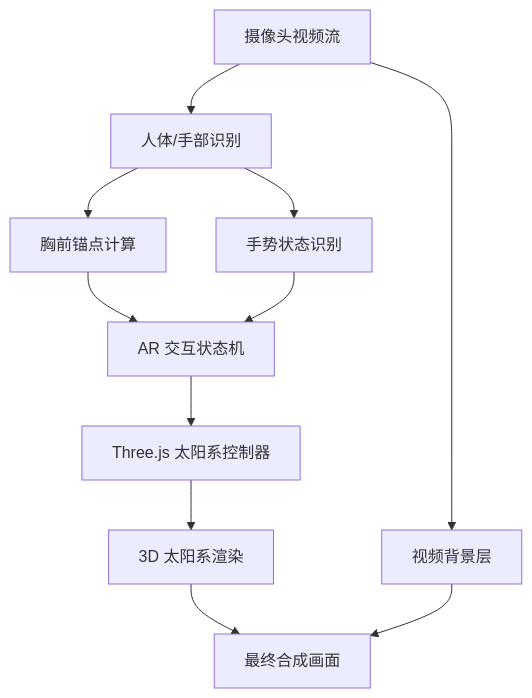
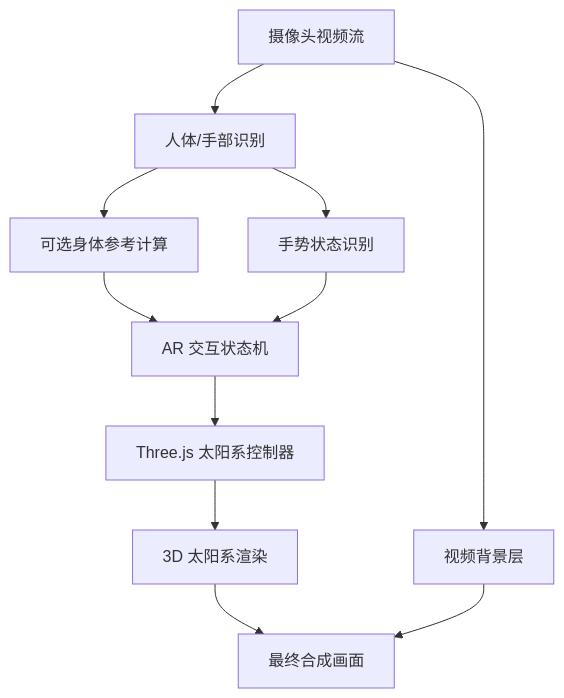
The second of 2 diagrams in ar_solar_system_prd.md (redcheeks666/ar-solar-system-demo), drawn with Mermaid before and after one commit. The commit also changed other lines of this file and 11 other files, not shown here.

````diff
--- a/ar_solar_system_prd.md
+++ b/ar_solar_system_prd.md
@@ -614,13 +619,13 @@
 ```mermaid
 flowchart TD
     A["摄像头视频流"] --> B["人体/手部识别"]
-    B --> C["胸前锚点计算"]
+    B --> C["可选身体参考计算"]
     B --> D["手势状态识别"]
     C --> E["AR 交互状态机"]
     D --> E
     E --> F["Three.js 太阳系控制器"]
     F --> G["3D 太阳系渲染"]
     A --> H["视频背景层"]
     G --> I["最终合成画面"]
     H --> I
 ```
````
